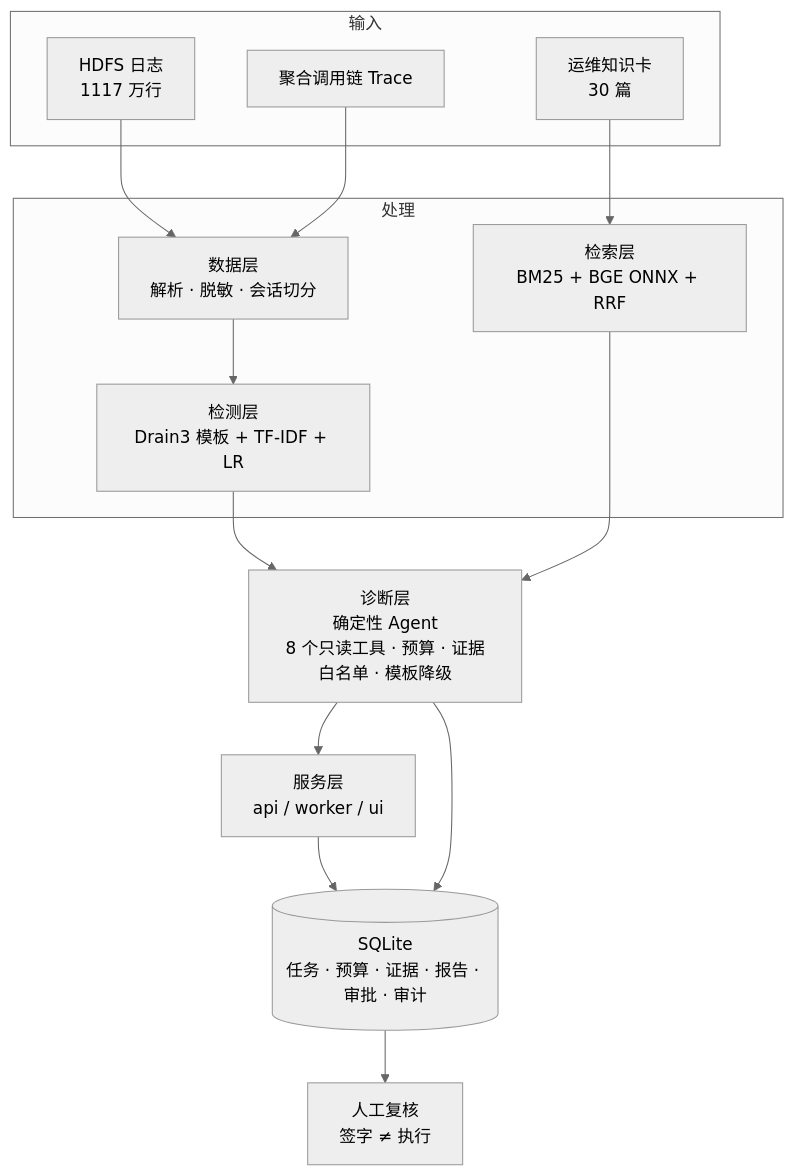
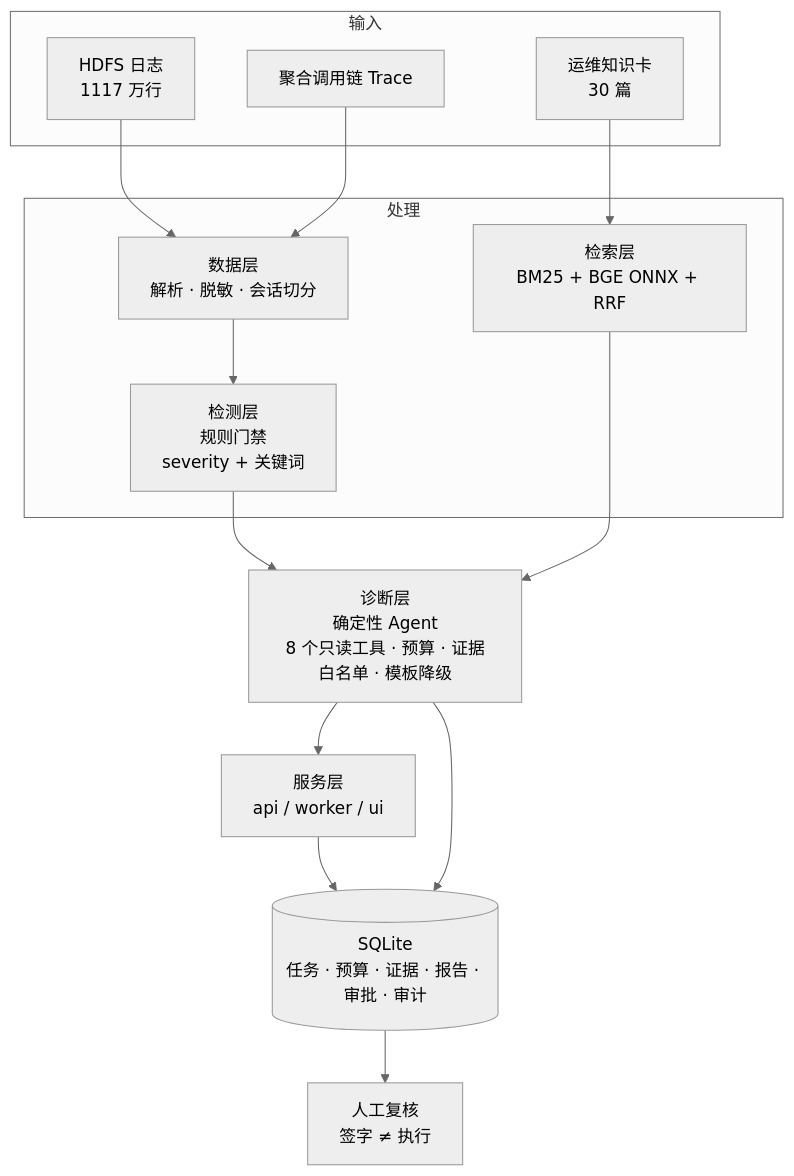
One commit to q2392044156/aiops-fault-diagnosis-agent changed the diagram in documentation/ARCHITECTURE.md. Above: the diagram before and after it, drawn with Mermaid (neutral theme). The commit also changed other lines of this file and 93 other files, not shown here.

````diff
--- a/documentation/ARCHITECTURE.md
+++ b/documentation/ARCHITECTURE.md
@@ -8,28 +8,28 @@
 ```mermaid
 flowchart TB
     subgraph inputs[输入]
         L[HDFS 日志<br/>1117 万行]
         T[聚合调用链 Trace]
         K[运维知识卡<br/>30 篇]
     end
     subgraph processing[处理]
         D[数据层<br/>解析 · 脱敏 · 会话切分]
-        M[检测层<br/>Drain3 模板 + TF-IDF + LR]
+        M[检测层<br/>规则门禁<br/>severity + 关键词]
         R[检索层<br/>BM25 + BGE ONNX + RRF]
     end
     A[诊断层<br/>确定性 Agent<br/>8 个只读工具 · 预算 · 证据白名单 · 模板降级]
     S[服务层<br/>api / worker / ui]
     DB[(SQLite<br/>任务 · 预算 · 证据 · 报告 · 审批 · 审计)]
     H[人工复核<br/>签字 ≠ 执行]
 
     L --> D
     T --> D
     D --> M
     K --> R
     M --> A
     R --> A
     A --> S
     S --> DB
     A --> DB
     DB --> H
 ```
````
